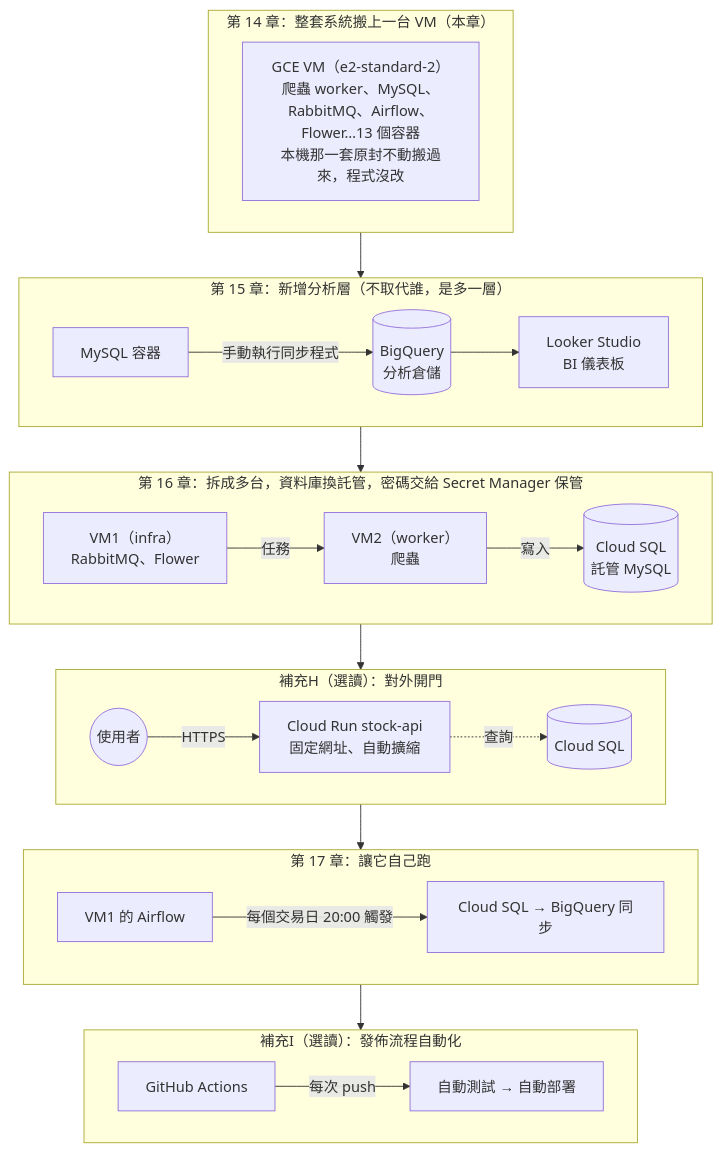
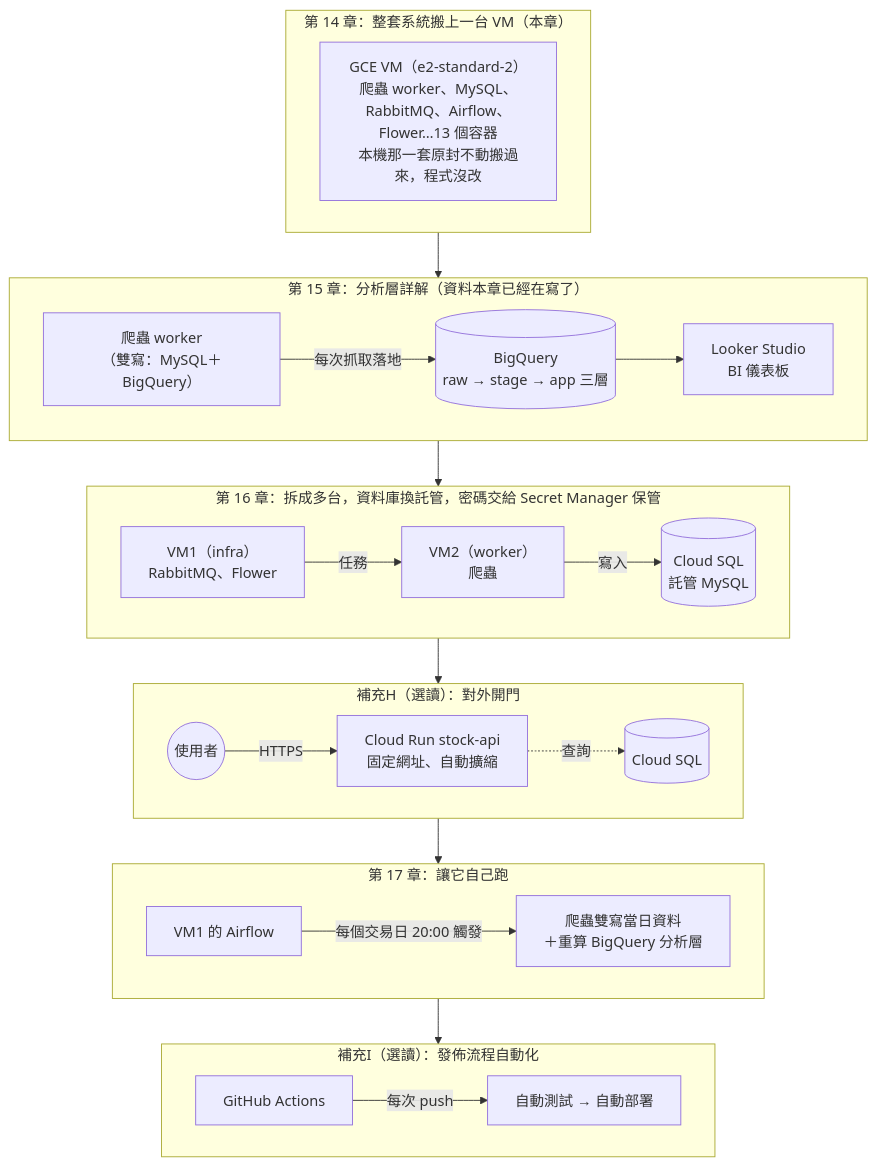
One commit to lu791019/stock-crawler-de-course-materials changed the first of 2 diagrams in 課程手冊/課程手冊14 - GCP開通與雲端部署.md. Above: the diagram before and after it, drawn with Mermaid. The commit also changed other lines of this file and 2 other files, not shown here.

Commit message:
docs: 手冊14 對齊雙寫——F-2 建 VM 加 --scopes=cloud-platform＋VM 身分說明、新增兩種憑證對照表（金鑰=GCP外/VM身分=GCP內）、H-3 up 指令注入 GCP_PROJECT_ID＋雙寫預告、H-4 新增 Step 8 BQ 驗證；全段地圖/階段圖/IAM 表/Part D/總結同步改（VM 驗證 gcloud project 與 bq 指令）

````diff
--- a/課程手冊/課程手冊14 - GCP開通與雲端部署.md
+++ b/課程手冊/課程手冊14 - GCP開通與雲端部署.md
@@ -173,22 +173,22 @@
 ```mermaid
 flowchart TB
     subgraph S14["第 14 章：整套系統搬上一台 VM（本章）"]
         VM["GCE VM（e2-standard-2）<br/>爬蟲 worker、MySQL、RabbitMQ、Airflow、Flower…13 個容器<br/>本機那一套原封不動搬過來，程式沒改"]
     end
-    subgraph S15["第 15 章：新增分析層（不取代誰，是多一層）"]
-        M15["MySQL 容器"] -->|手動執行同步程式| BQ15[("BigQuery<br/>分析倉儲")] --> LS15["Looker Studio<br/>BI 儀表板"]
+    subgraph S15["第 15 章：分析層詳解（資料本章已經在寫了）"]
+        W15["爬蟲 worker<br/>（雙寫：MySQL＋BigQuery）"] -->|每次抓取落地| BQ15[("BigQuery<br/>raw → stage → app 三層")] --> LS15["Looker Studio<br/>BI 儀表板"]
     end
     subgraph S16["第 16 章：拆成多台，資料庫換託管，密碼交給 Secret Manager 保管"]
         VM1["VM1（infra）<br/>RabbitMQ、Flower"] -->|任務| VM2["VM2（worker）<br/>爬蟲"] -->|寫入| SQL16[("Cloud SQL<br/>託管 MySQL")]
     end
     subgraph SG["補充H（選讀）：對外開門"]
         U(("使用者")) -->|HTTPS| CR["Cloud Run stock-api<br/>固定網址、自動擴縮"] -.->|查詢| SQLG[("Cloud SQL")]
     end
     subgraph S17["第 17 章：讓它自己跑"]
-        AF17["VM1 的 Airflow"] -->|每個交易日 20:00 觸發| SY17["Cloud SQL → BigQuery 同步"]
+        AF17["VM1 的 Airflow"] -->|每個交易日 20:00 觸發| SY17["爬蟲雙寫當日資料<br/>＋重算 BigQuery 分析層"]
     end
     subgraph SI["補充I（選讀）：發佈流程自動化"]
         GH17["GitHub Actions"] -->|每次 push| T17["自動測試 → 自動部署"]
     end
     S14 --> S15 --> S16 --> SG --> S17 --> SI
 ```
````
